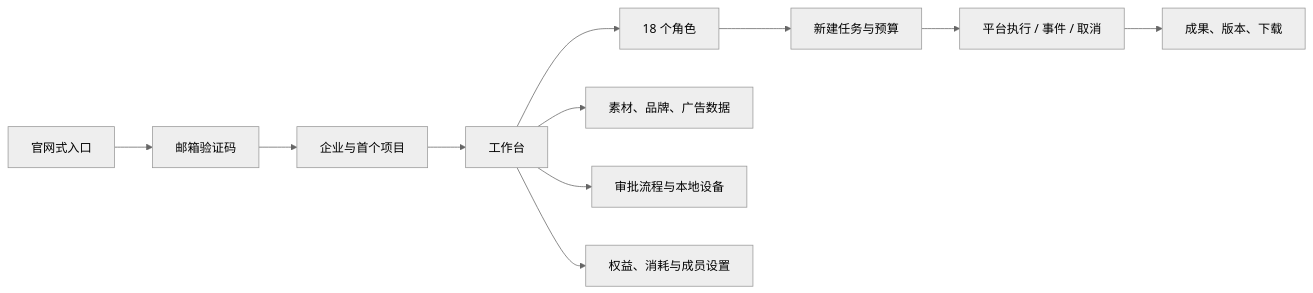
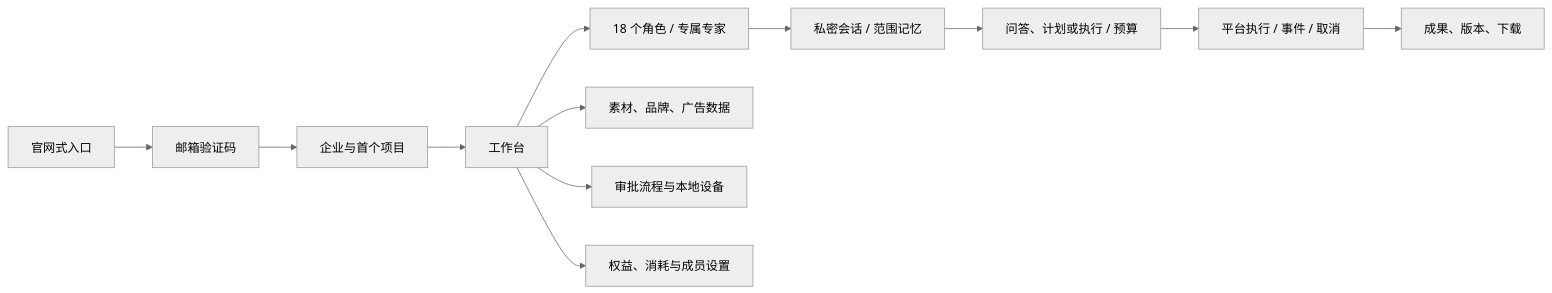
One commit to copypasteltd/workmate changed the diagram in README.md. Above: the diagram before and after it, drawn with Mermaid (neutral theme). The commit also changed other lines of this file and 28 other files, not shown here.

````diff
--- a/README.md
+++ b/README.md
@@ -30,13 +30,14 @@
 ```mermaid
 flowchart LR
   L[官网式入口] --> A[邮箱验证码]
   A --> W[企业与首个项目]
   W --> H[工作台]
-  H --> R[18 个角色]
-  R --> T[新建任务与预算]
+  H --> R[18 个角色 / 专属专家]
+  R --> C[私密会话 / 范围记忆]
+  C --> T[问答、计划或执行 / 预算]
   T --> X[平台执行 / 事件 / 取消]
   X --> O[成果、版本、下载]
   H --> M[素材、品牌、广告数据]
   H --> F[审批流程与本地设备]
   H --> U[权益、消耗与成员设置]
 ```
````
